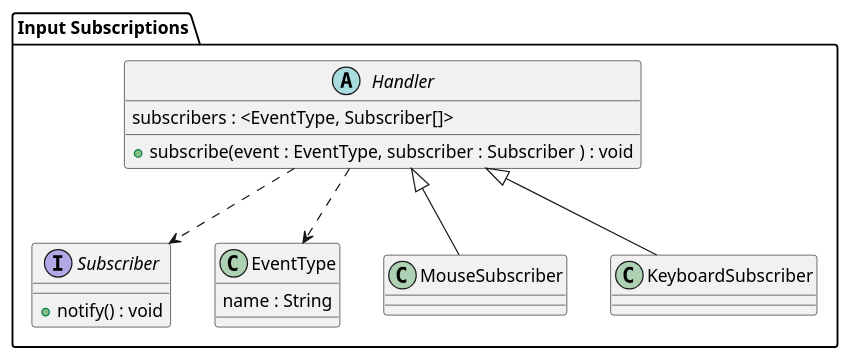
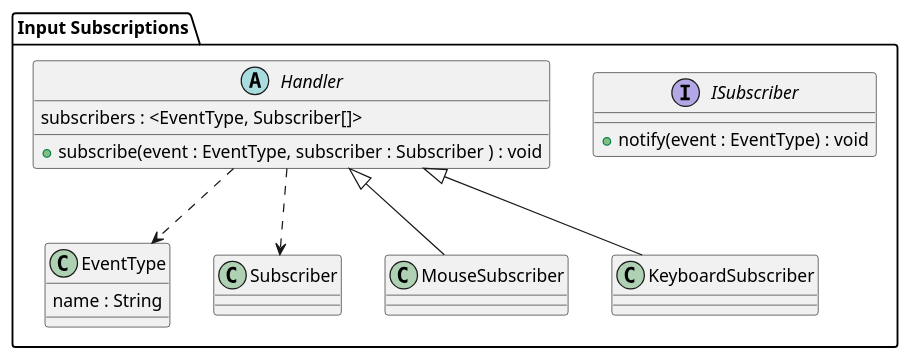
Before and after one commit to Pending-Name-21/arquitecture: the diagram in uml/frontend-software-system/input-subscribers.puml, drawn with PlantUML.

Commit message:
chore: updated InputSubscriptions.Subscriber
- Updated Subscriber name to use <I> notation.
- Updated Subscriber to notify about the specific triggered
  event.

```diff
--- a/uml/frontend-software-system/input-subscribers.puml
+++ b/uml/frontend-software-system/input-subscribers.puml
@@ -1,20 +1,20 @@
 @startuml
 package "Input Subscriptions" {
-  interface Subscriber {
-    +notify() : void
+  interface ISubscriber {
+    +notify(event : EventType) : void
   }
 
   class EventType {
     name : String
   }
 
   abstract class Handler {
     subscribers : <EventType, Subscriber[]>
     +subscribe(event : EventType, subscriber : Subscriber ) : void
   }
   Handler ..> EventType 
     Handler ..> Subscriber
     Handler <|-- MouseSubscriber
     Handler <|-- KeyboardSubscriber
 }
 @enduml
```
